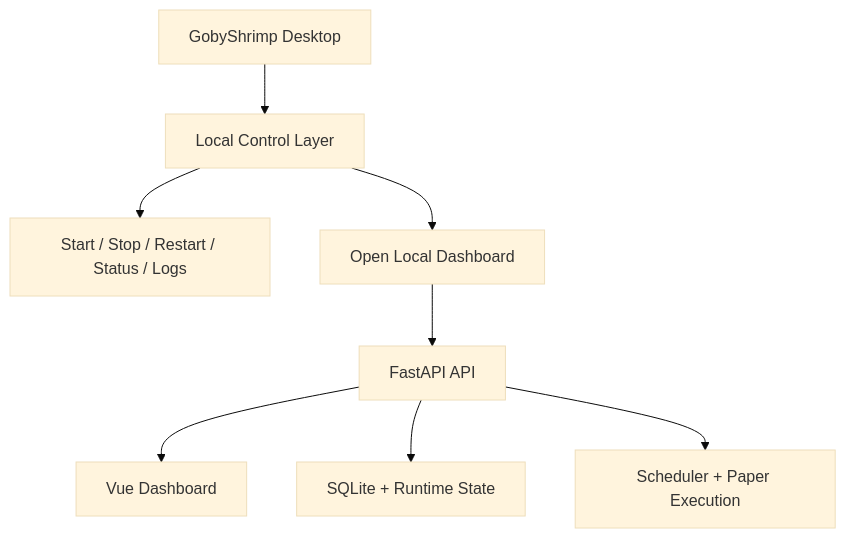
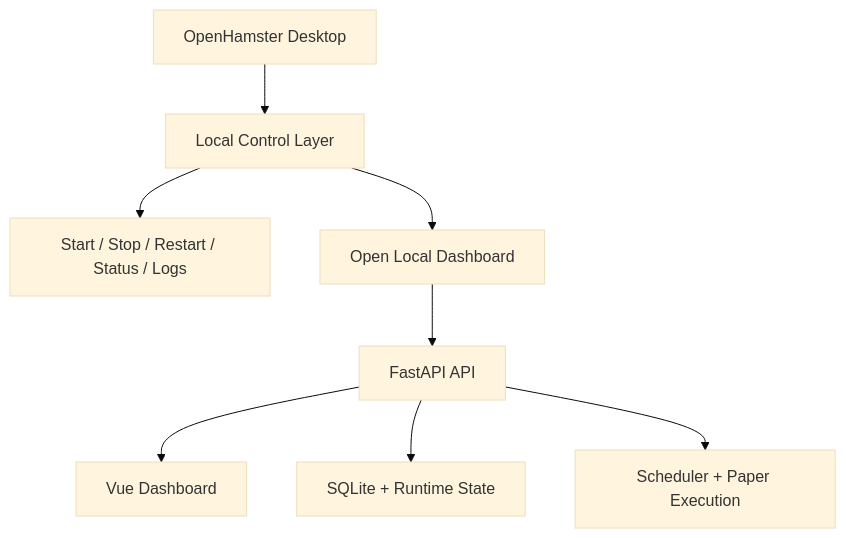
One commit to nullwuwu/openhamster changed the diagram in docs/DESKTOP_PACKAGING_PROPOSAL.md. Above: the diagram before and after it, drawn with Mermaid (base theme). The commit also changed other lines of this file and 190 other files, not shown here.

Commit message:
Rename project to OpenHamster and prepare public release

````diff
--- a/docs/DESKTOP_PACKAGING_PROPOSAL.md
+++ b/docs/DESKTOP_PACKAGING_PROPOSAL.md
@@ -57,10 +57,10 @@
 ```mermaid
 flowchart TD
-    A["GobyShrimp Desktop"] --> B["Local Control Layer"]
+    A["OpenHamster Desktop"] --> B["Local Control Layer"]
     B --> C["Start / Stop / Restart / Status / Logs"]
     B --> D["Open Local Dashboard"]
     D --> E["FastAPI API"]
     E --> F["Vue Dashboard"]
     E --> G["SQLite + Runtime State"]
     E --> H["Scheduler + Paper Execution"]
 ```
````
